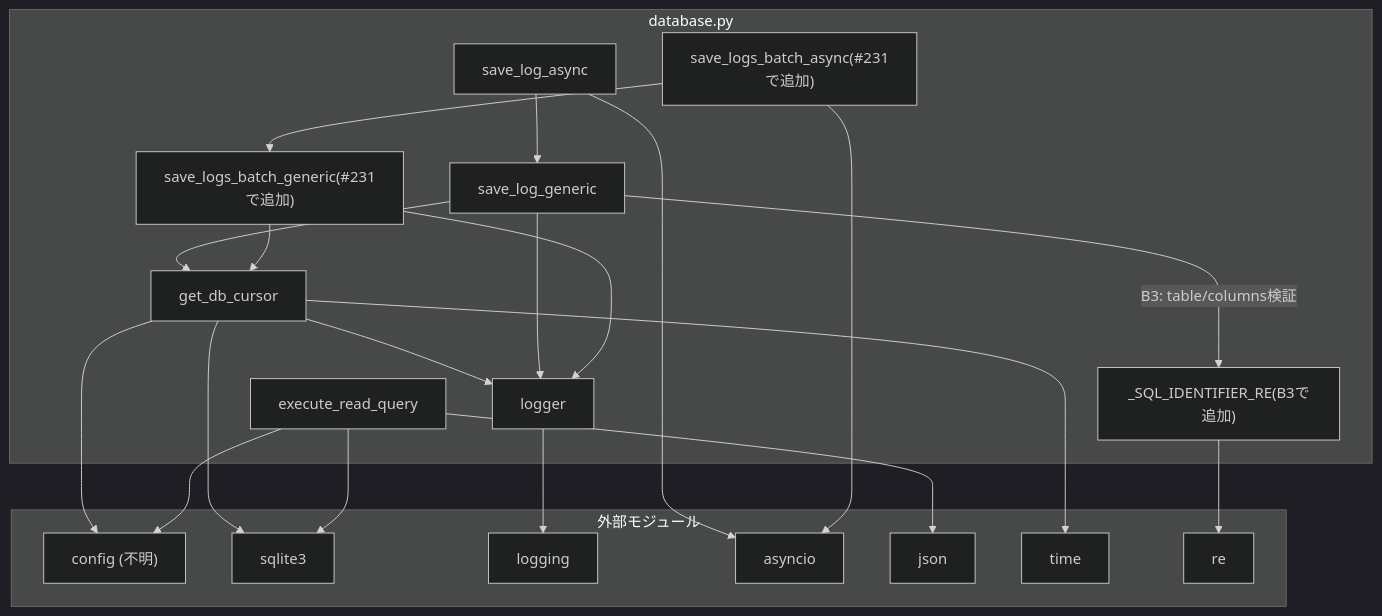
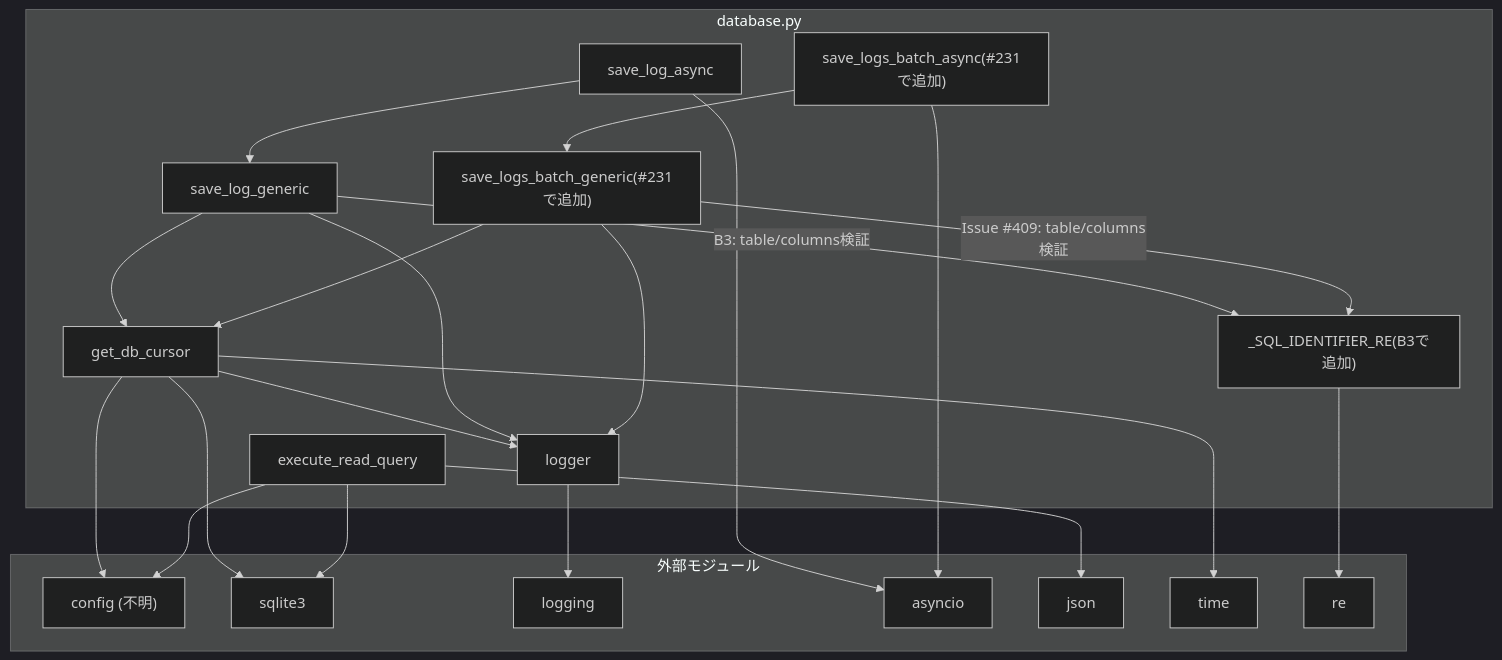
One commit to mmtigers/my_python_project changed the second of 2 diagrams in docs/specifications/MY_HOME_SYSTEM/database.md. Above: the diagram before and after it, drawn with Mermaid (dark theme). The commit also changed other lines of this file, not shown here.

First line of the commit message:
docs(database): save_logs_batch_genericの識別子検証に関する矛盾記述を修正

````diff
--- a/docs/specifications/MY_HOME_SYSTEM/database.md
+++ b/docs/specifications/MY_HOME_SYSTEM/database.md
@@ -256,50 +256,51 @@
 ```mermaid
 graph TD
     subgraph database.py
         logger
         sql_identifier_re["_SQL_IDENTIFIER_RE(B3で追加)"]
         get_db_cursor
         execute_read_query
         save_log_generic
         save_log_async
         save_logs_batch_generic["save_logs_batch_generic(#231で追加)"]
         save_logs_batch_async["save_logs_batch_async(#231で追加)"]
     end
 
     subgraph 外部モジュール
         config["config (不明)"]
         sqlite3["sqlite3"]
         logging["logging"]
         asyncio["asyncio"]
         json["json"]
         time["time"]
         re["re"]
     end
 
     sql_identifier_re --> re
 
     get_db_cursor --> config
     get_db_cursor --> sqlite3
     get_db_cursor --> time
     get_db_cursor --> logger
 
     execute_read_query --> config
     execute_read_query --> sqlite3
     execute_read_query --> json
 
     save_log_generic --> get_db_cursor
     save_log_generic --> logger
     save_log_generic -->|B3: table/columns検証| sql_identifier_re
 
     save_log_async --> asyncio
     save_log_async --> save_log_generic
 
     save_logs_batch_generic --> get_db_cursor
     save_logs_batch_generic --> logger
+    save_logs_batch_generic -->|Issue #409: table/columns検証| sql_identifier_re
 
     save_logs_batch_async --> asyncio
     save_logs_batch_async --> save_logs_batch_generic
 
     logger --> logging
 
 ```
````
